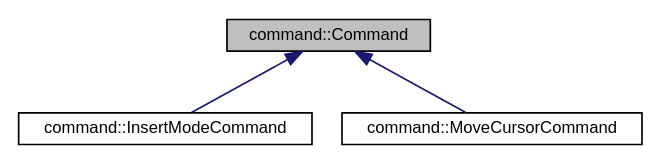
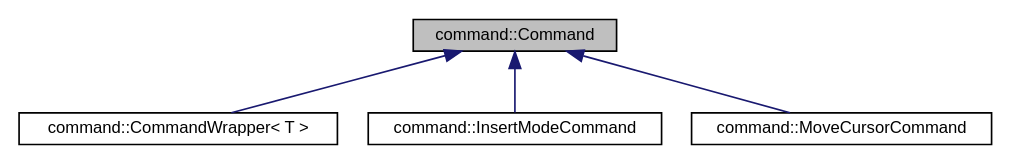
One commit to aka1ha2n3e/project00 changed the diagram in document/ドキュメント/classcommand_1_1Command__inherit__graph.dot. Above: the diagram before and after it, drawn with Graphviz. The commit also changed 278 other files, not shown here.

```diff
--- a/document/ドキュメント/classcommand_1_1Command__inherit__graph.dot
+++ b/document/ドキュメント/classcommand_1_1Command__inherit__graph.dot
@@ -1,11 +1,13 @@
 digraph "command::Command"
 {
  // LATEX_PDF_SIZE
   edge [fontname="Helvetica",fontsize="10",labelfontname="Helvetica",labelfontsize="10"];
   node [fontname="Helvetica",fontsize="10",shape=record];
   Node1 [label="command::Command",height=0.2,width=0.4,color="black", fillcolor="grey75", style="filled", fontcolor="black",tooltip=" "];
   Node1 -> Node2 [dir="back",color="midnightblue",fontsize="10",style="solid",fontname="Helvetica"];
-  Node2 [label="command::InsertModeCommand",height=0.2,width=0.4,color="black", fillcolor="white", style="filled",URL="$classcommand_1_1InsertModeCommand.html",tooltip=" "];
+  Node2 [label="command::CommandWrapper\< T \>",height=0.2,width=0.4,color="black", fillcolor="white", style="filled",URL="$classcommand_1_1CommandWrapper.html",tooltip=" "];
   Node1 -> Node3 [dir="back",color="midnightblue",fontsize="10",style="solid",fontname="Helvetica"];
-  Node3 [label="command::MoveCursorCommand",height=0.2,width=0.4,color="black", fillcolor="white", style="filled",URL="$classcommand_1_1MoveCursorCommand.html",tooltip=" "];
+  Node3 [label="command::InsertModeCommand",height=0.2,width=0.4,color="black", fillcolor="white", style="filled",URL="$classcommand_1_1InsertModeCommand.html",tooltip=" "];
+  Node1 -> Node4 [dir="back",color="midnightblue",fontsize="10",style="solid",fontname="Helvetica"];
+  Node4 [label="command::MoveCursorCommand",height=0.2,width=0.4,color="black", fillcolor="white", style="filled",URL="$classcommand_1_1MoveCursorCommand.html",tooltip=" "];
 }
```
